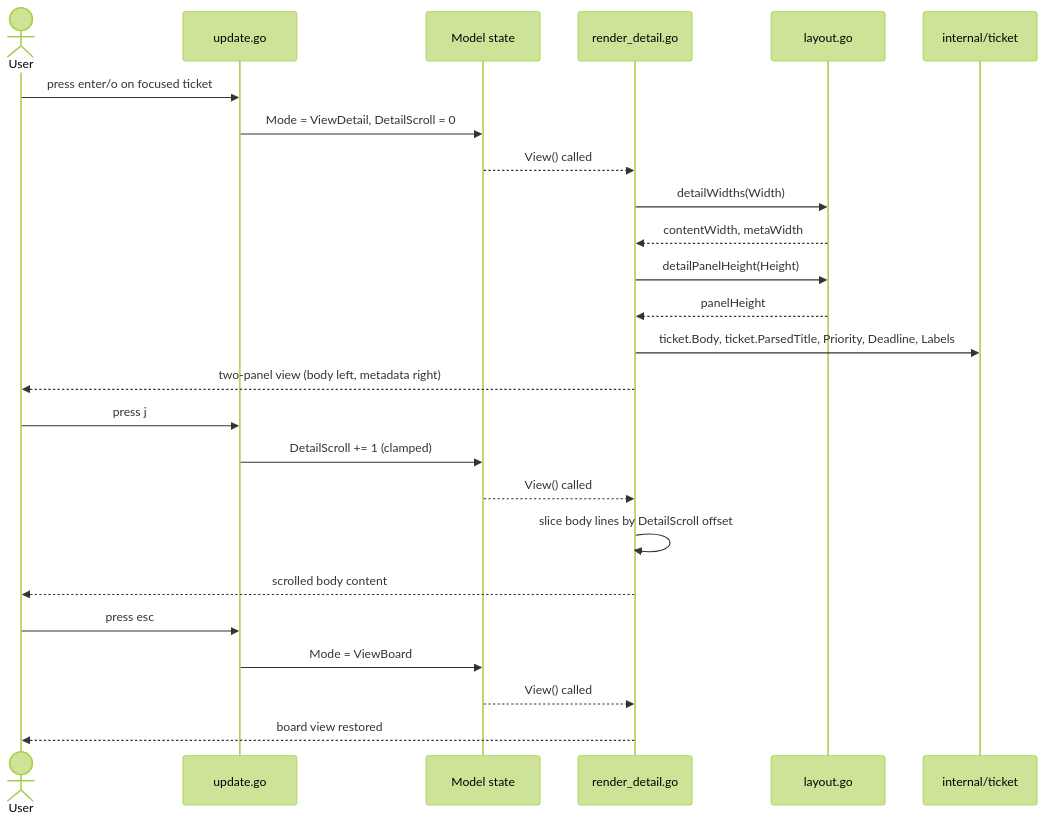
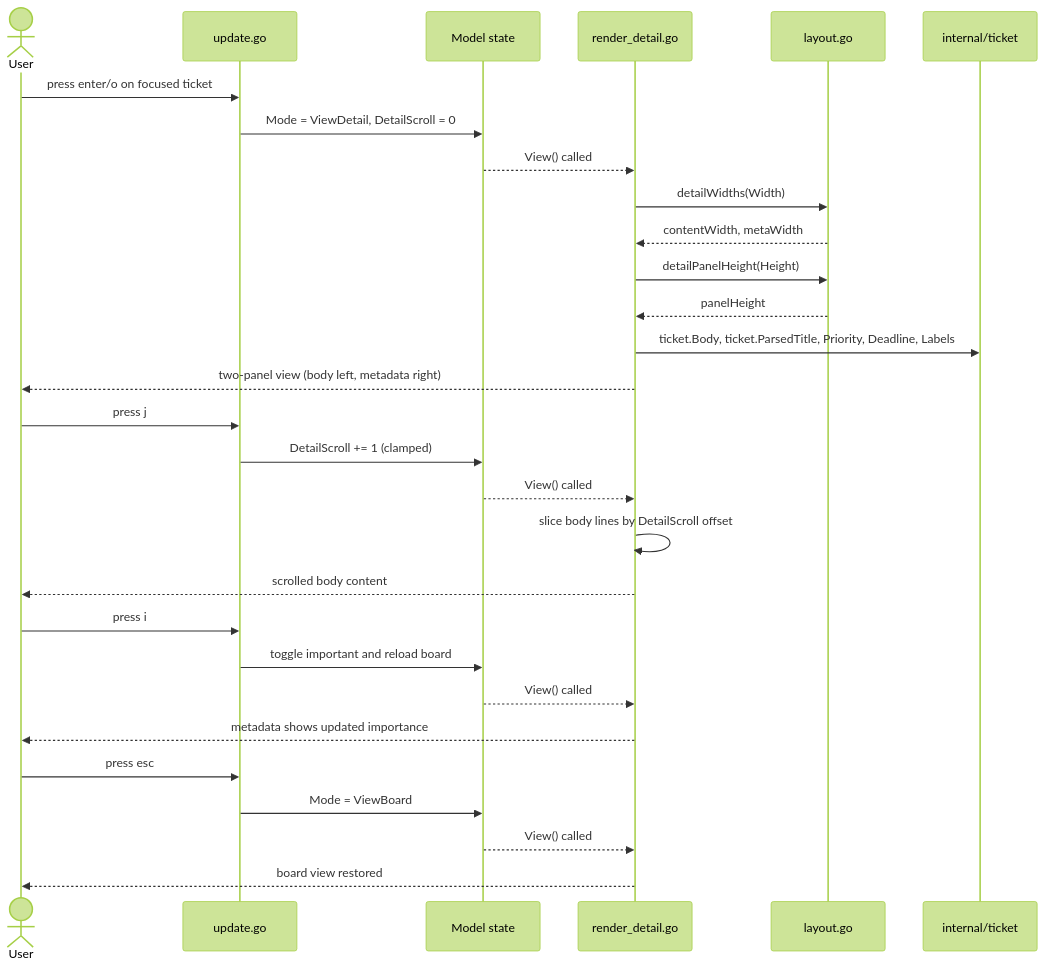
The third of 3 diagrams in docs/flows/detail-view.md (dawidsok/tickcats), drawn with Mermaid (forest theme) before and after one commit. The commit also changed other lines of this file and 14 other files, not shown here.

````diff
--- a/docs/flows/detail-view.md
+++ b/docs/flows/detail-view.md
@@ -65,30 +70,35 @@
 ```mermaid
 sequenceDiagram
     actor User
     participant Update as update.go
     participant Model as Model state
     participant Render as render_detail.go
     participant Layout as layout.go
     participant Ticket as internal/ticket
 
     User->>Update: press enter/o on focused ticket
     Update->>Model: Mode = ViewDetail, DetailScroll = 0
     Model-->>Render: View() called
     Render->>Layout: detailWidths(Width)
     Layout-->>Render: contentWidth, metaWidth
     Render->>Layout: detailPanelHeight(Height)
     Layout-->>Render: panelHeight
     Render->>Ticket: ticket.Body, ticket.ParsedTitle, Priority, Deadline, Labels
     Render-->>User: two-panel view (body left, metadata right)
 
     User->>Update: press j
     Update->>Model: DetailScroll += 1 (clamped)
     Model-->>Render: View() called
     Render->>Render: slice body lines by DetailScroll offset
     Render-->>User: scrolled body content
 
+    User->>Update: press i
+    Update->>Model: toggle important and reload board
+    Model-->>Render: View() called
+    Render-->>User: metadata shows updated importance
+
     User->>Update: press esc
     Update->>Model: Mode = ViewBoard
     Model-->>Render: View() called
     Render-->>User: board view restored
 ```
````
